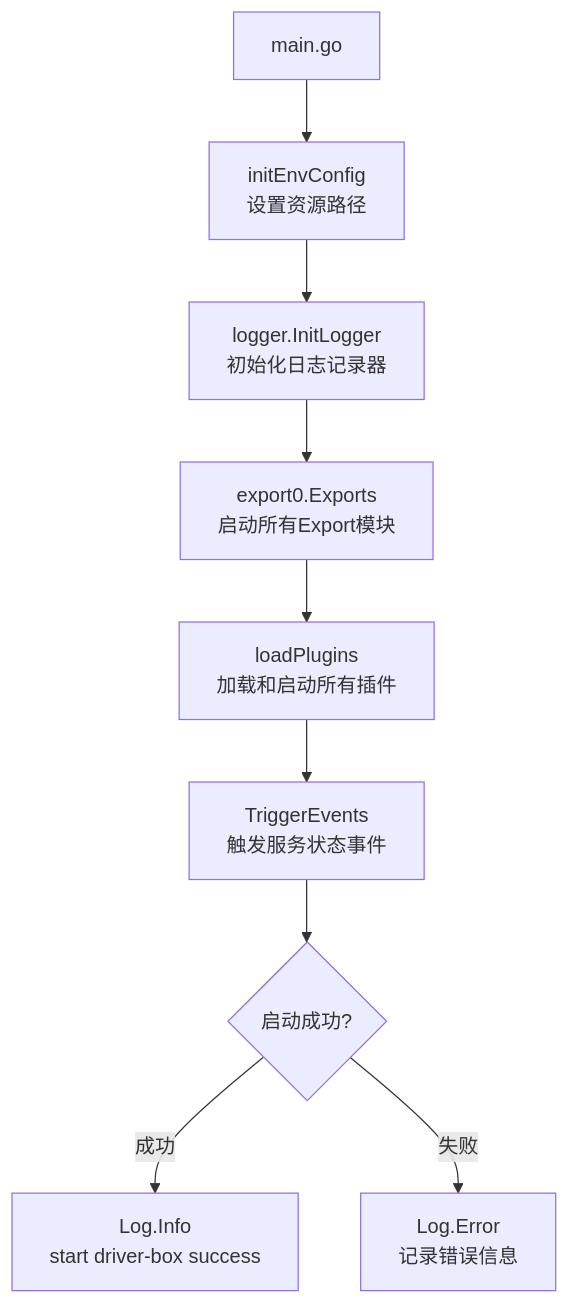
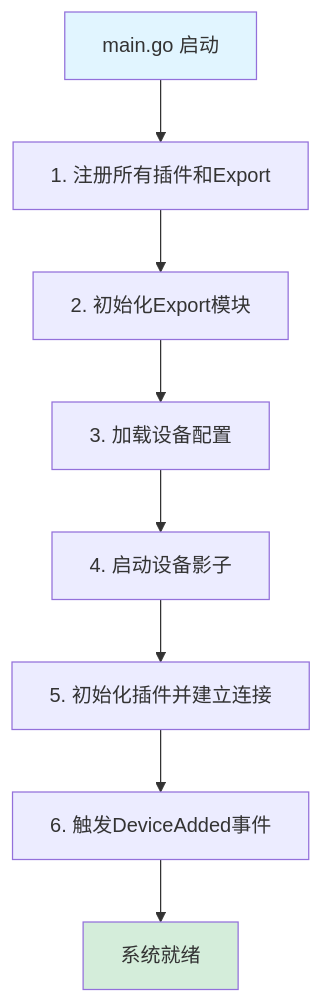
The second of 9 diagrams in pages/src/content/docs/concepts/architecture.mdx (ibuilding-X/driver-box), drawn with Mermaid before and after one commit. The commit also changed other lines of this file, not shown here.

First line of the commit message:
docs(architecture): 更新架构文档增加详细分层设计和流程说明

````diff
--- a/pages/src/content/docs/concepts/architecture.mdx
+++ b/pages/src/content/docs/concepts/architecture.mdx
@@ -59,11 +83,13 @@
 ```mermaid
 flowchart TD
-    A[main.go] --> B[initEnvConfig<br/>设置资源路径]
-    B --> C[logger.InitLogger<br/>初始化日志记录器]
-    C --> D[export0.Exports<br/>启动所有Export模块]
-    D --> E[loadPlugins<br/>加载和启动所有插件]
-    E --> F[TriggerEvents<br/>触发服务状态事件]
-    F --> G{启动成功?}
-    G -->|成功| H[Log.Info<br/>start driver-box success]
-    G -->|失败| I[Log.Error<br/>记录错误信息]
+    A[main.go 启动] --> B[1. 注册所有插件和Export]
+    B --> C[2. 初始化Export模块]
+    C --> D[3. 加载设备配置]
+    D --> E[4. 启动设备影子]
+    E --> F[5. 初始化插件并建立连接]
+    F --> G[6. 触发DeviceAdded事件]
+    G --> H[系统就绪]
+
+    style A fill:#e1f5ff
+    style H fill:#d4edda
 ```
````
